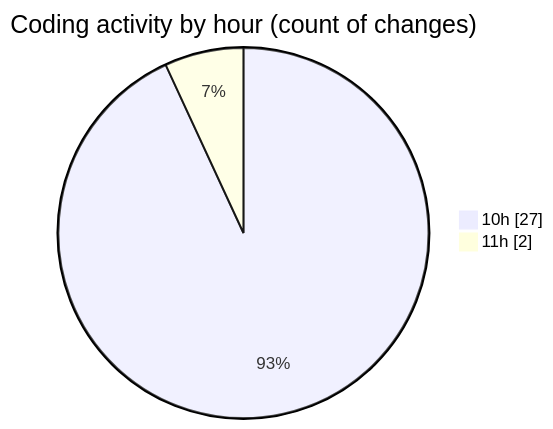
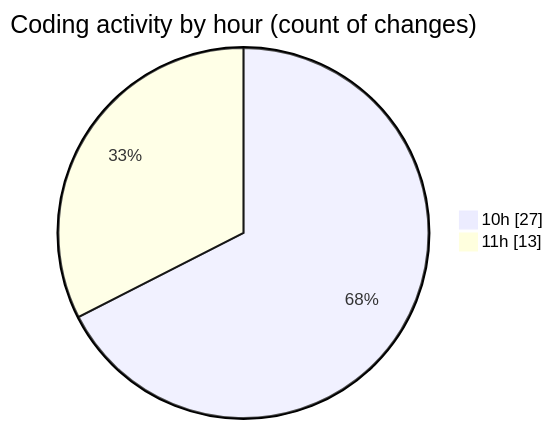
Before and after one commit to momahboobian/code-tracking: the second of 2 diagrams in 2026-07-14/cda/README.md, drawn with Mermaid. The commit also changed other lines of this file and 1 other file, not shown here.

````diff
--- a/2026-07-14/cda/README.md
+++ b/2026-07-14/cda/README.md
@@ -57,6 +61,6 @@
 ```mermaid
 pie showData
 title Coding activity by hour (count of changes)
 "10h" : 27
-"11h" : 2
+"11h" : 13
 ```
````
